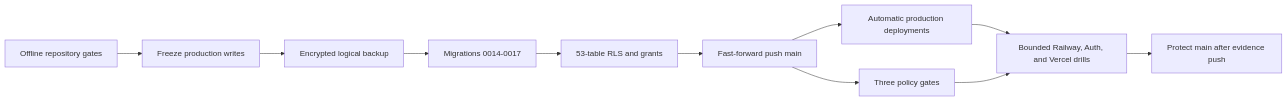
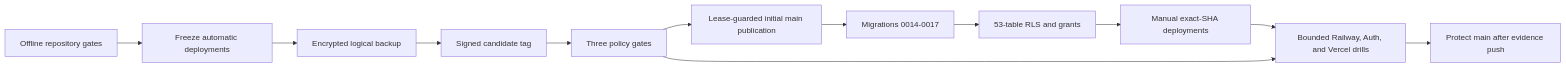
The diagram in docs/PLATFORM_ACTIVATION_RUNBOOK.md (krishna0605/Netra), drawn with Mermaid before and after one commit. The commit also changed other lines of this file and 10 other files, not shown here.

Commit message:
chore(deploy): align production activation contracts

````diff
--- a/docs/PLATFORM_ACTIVATION_RUNBOOK.md
+++ b/docs/PLATFORM_ACTIVATION_RUNBOOK.md
@@ -5,18 +5,18 @@
 ```mermaid
 flowchart LR
     LOCAL["Offline repository gates"]
-    FREEZE["Freeze production writes"]
+    FREEZE["Freeze automatic deployments"]
     CI["Three policy gates"]
     BACKUP["Encrypted logical backup"]
     SCHEMA["Migrations 0014-0017"]
     HARDEN["53-table RLS and grants"]
-    PUSH["Fast-forward push main"]
-    DEPLOY["Automatic production deployments"]
+    TAG["Signed candidate tag"]
+    PUSH["Lease-guarded initial main publication"]
+    DEPLOY["Manual exact-SHA deployments"]
     PLATFORM["Bounded Railway, Auth, and Vercel drills"]
     PROTECT["Protect main after evidence push"]
 
-    LOCAL --> FREEZE --> BACKUP --> SCHEMA --> HARDEN --> PUSH
-    PUSH --> CI
-    PUSH --> DEPLOY --> PLATFORM --> PROTECT
+    LOCAL --> FREEZE --> BACKUP --> TAG --> CI --> PUSH
+    PUSH --> SCHEMA --> HARDEN --> DEPLOY --> PLATFORM --> PROTECT
     CI --> PLATFORM
 ```
````
